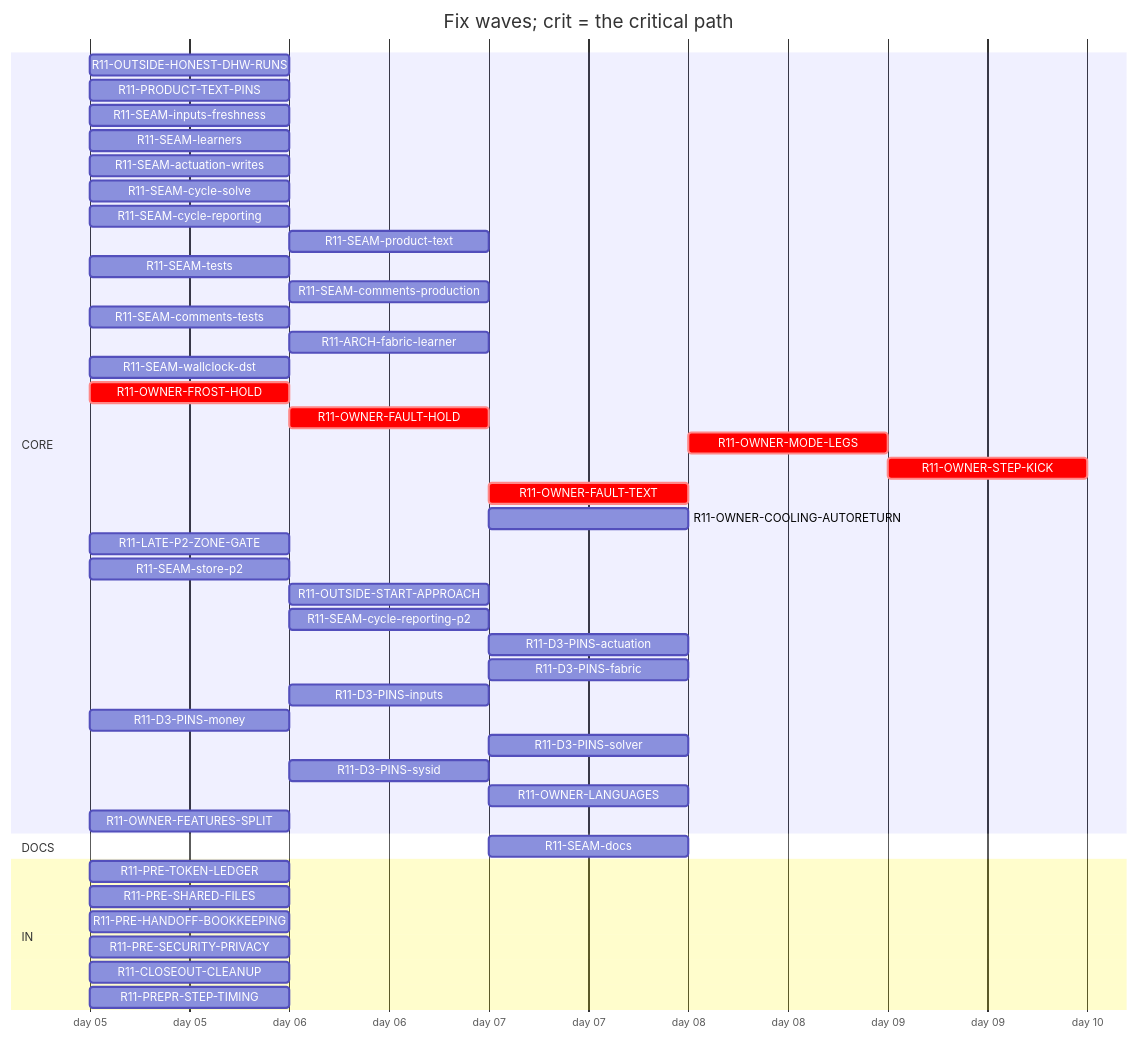
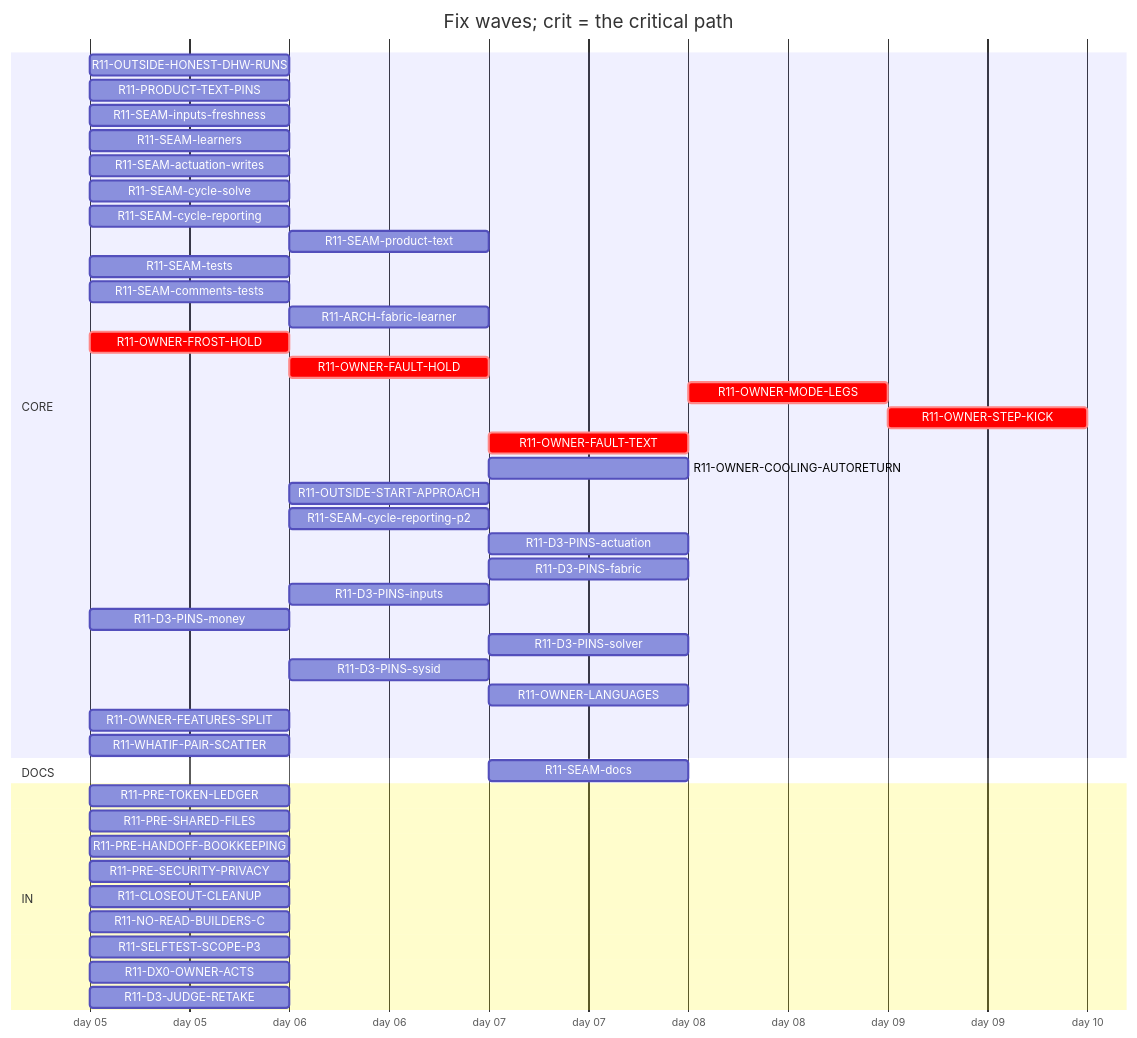
One commit to tvofi/heatpump_optimizer changed the diagram in handoff/round11/state/PLAN-TABLE.md. Above: the diagram before and after it, drawn with Mermaid. The commit also changed other lines of this file and 4 other files, not shown here.

Commit message:
state: FLOW-BOARD.md, NEXT-SESSION-PROMPT.md, PLAN-TABLE.md, PLAN.html, RESUME-CURRENT.md regenerated (state_docs.py)

````diff
--- a/handoff/round11/state/PLAN-TABLE.md
+++ b/handoff/round11/state/PLAN-TABLE.md
@@ -16,47 +16,47 @@
 ```mermaid
 gantt
   title Fix waves; crit = the critical path
   dateFormat YYYY-MM-DD
   axisFormat day %d
   section CORE
     R11-OUTSIDE-HONEST-DHW-RUNS :r11OUTSIDEHONESTDHWRUNS, 2026-01-05, 1d
     R11-PRODUCT-TEXT-PINS :r11PRODUCTTEXTPINS, 2026-01-05, 1d
     R11-SEAM-inputs-freshness :r11SEAMinputsfreshness, 2026-01-05, 1d
     R11-SEAM-learners :r11SEAMlearners, 2026-01-05, 1d
     R11-SEAM-actuation-writes :r11SEAMactuationwrites, 2026-01-05, 1d
     R11-SEAM-cycle-solve :r11SEAMcyclesolve, 2026-01-05, 1d
     R11-SEAM-cycle-reporting :r11SEAMcyclereporting, 2026-01-05, 1d
     R11-SEAM-product-text :r11SEAMproducttext, after r11SEAMactuationwrites r11SEAMinputsfreshness r11SEAMcyclesolve r11SEAMcyclereporting, 1d
     R11-SEAM-tests :r11SEAMtests, 2026-01-05, 1d
-    R11-SEAM-comments-production :r11SEAMcommentsproduction, after r11SEAMactuationwrites r11SEAMinputsfreshness r11SEAMcyclesolve r11SEAMcyclereporting, 1d
     R11-SEAM-comments-tests :r11SEAMcommentstests, 2026-01-05, 1d
     R11-ARCH-fabric-learner :r11ARCHfabriclearner, after r11SEAMlearners, 1d
-    R11-SEAM-wallclock-dst :r11SEAMwallclockdst, 2026-01-05, 1d
     R11-OWNER-FROST-HOLD :crit, r11OWNERFROSTHOLD, 2026-01-05, 1d
     R11-OWNER-FAULT-HOLD :crit, r11OWNERFAULTHOLD, after r11OWNERFROSTHOLD, 1d
     R11-OWNER-MODE-LEGS :crit, r11OWNERMODELEGS, after r11OWNERFAULTTEXT, 1d
     R11-OWNER-STEP-KICK :crit, r11OWNERSTEPKICK, after r11OWNERMODELEGS, 1d
     R11-OWNER-FAULT-TEXT :crit, r11OWNERFAULTTEXT, after r11OWNERFAULTHOLD, 1d
     R11-OWNER-COOLING-AUTORETURN :r11OWNERCOOLINGAUTORETURN, after r11OWNERFAULTHOLD, 1d
-    R11-LATE-P2-ZONE-GATE :r11LATEP2ZONEGATE, 2026-01-05, 1d
-    R11-SEAM-store-p2 :r11SEAMstorep2, 2026-01-05, 1d
     R11-OUTSIDE-START-APPROACH :r11OUTSIDESTARTAPPROACH, after r11OUTSIDEHONESTDHWRUNS r11SEAMlearners, 1d
     R11-SEAM-cycle-reporting-p2 :r11SEAMcyclereportingp2, after r11SEAMcyclereporting r11SEAMactuationwrites r11SEAMlearners, 1d
     R11-D3-PINS-actuation :r11D3PINSactuation, after r11SEAMactuationwrites r11OWNERFAULTHOLD, 1d
     R11-D3-PINS-fabric :r11D3PINSfabric, after r11ARCHfabriclearner r11SEAMcyclereporting r11OUTSIDESTARTAPPROACH, 1d
     R11-D3-PINS-inputs :r11D3PINSinputs, after r11SEAMinputsfreshness, 1d
     R11-D3-PINS-money :r11D3PINSmoney, 2026-01-05, 1d
     R11-D3-PINS-solver :r11D3PINSsolver, after r11OUTSIDESTARTAPPROACH r11SEAMcyclereporting, 1d
     R11-D3-PINS-sysid :r11D3PINSsysid, after r11SEAMlearners, 1d
     R11-OWNER-LANGUAGES :r11OWNERLANGUAGES, after r11SEAMproducttext, 1d
     R11-OWNER-FEATURES-SPLIT :r11OWNERFEATURESSPLIT, 2026-01-05, 1d
+    R11-WHATIF-PAIR-SCATTER :r11WHATIFPAIRSCATTER, 2026-01-05, 1d
   section DOCS
     R11-SEAM-docs :r11SEAMdocs, after r11SEAMlearners r11SEAMactuationwrites r11SEAMinputsfreshness r11SEAMcyclesolve r11SEAMcyclereporting r11SEAMproducttext, 1d
   section IN
     R11-PRE-TOKEN-LEDGER :r11PRETOKENLEDGER, 2026-01-05, 1d
     R11-PRE-SHARED-FILES :r11PRESHAREDFILES, 2026-01-05, 1d
     R11-PRE-HANDOFF-BOOKKEEPING :r11PREHANDOFFBOOKKEEPING, 2026-01-05, 1d
     R11-PRE-SECURITY-PRIVACY :r11PRESECURITYPRIVACY, 2026-01-05, 1d
     R11-CLOSEOUT-CLEANUP :r11CLOSEOUTCLEANUP, 2026-01-05, 1d
-    R11-PREPR-STEP-TIMING :r11PREPRSTEPTIMING, 2026-01-05, 1d
+    R11-NO-READ-BUILDERS-C :r11NOREADBUILDERSC, 2026-01-05, 1d
+    R11-SELFTEST-SCOPE-P3 :r11SELFTESTSCOPEP3, 2026-01-05, 1d
+    R11-DX0-OWNER-ACTS :r11DX0OWNERACTS, 2026-01-05, 1d
+    R11-D3-JUDGE-RETAKE :r11D3JUDGERETAKE, 2026-01-05, 1d
 ```
````
